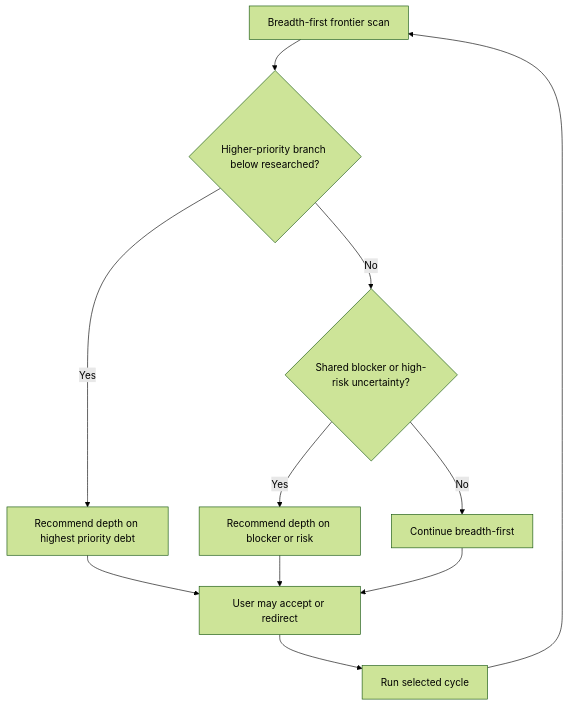
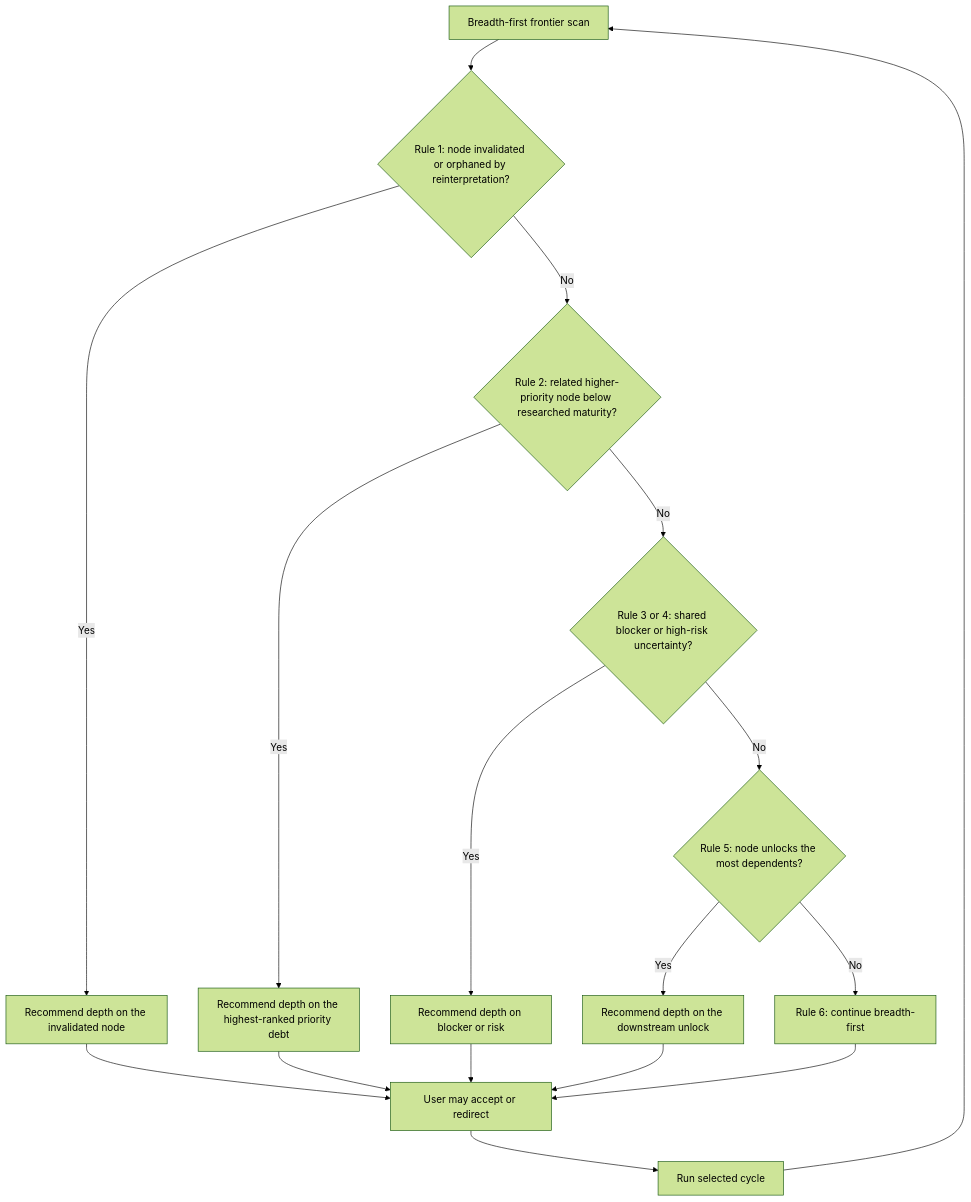
The fourth of 11 diagrams in skills/discovery-loop/README.md (jdylanmc/skills), drawn with Mermaid (forest theme) before and after one commit. The commit also changed other lines of this file and 16 other files, not shown here.

````diff
--- a/skills/discovery-loop/README.md
+++ b/skills/discovery-loop/README.md
@@ -116,13 +258,19 @@
 ```mermaid
 flowchart TD
-    A["Breadth-first frontier scan"] --> B{"Higher-priority branch below researched?"}
-    B -->|Yes| C["Recommend depth on highest priority debt"]
-    B -->|No| D{"Shared blocker or high-risk uncertainty?"}
+    A["Breadth-first frontier scan"] --> A2{"Rule 1: node invalidated or orphaned by reinterpretation?"}
+    A2 -->|Yes| A3["Recommend depth on the invalidated node"]
+    A2 -->|No| B{"Rule 2: related higher-priority node below researched maturity?"}
+    B -->|Yes| C["Recommend depth on the highest-ranked priority debt"]
+    B -->|No| D{"Rule 3 or 4: shared blocker or high-risk uncertainty?"}
     D -->|Yes| E["Recommend depth on blocker or risk"]
-    D -->|No| F["Continue breadth-first"]
-    C --> G["User may accept or redirect"]
+    D -->|No| D2{"Rule 5: node unlocks the most dependents?"}
+    D2 -->|Yes| E2["Recommend depth on the downstream unlock"]
+    D2 -->|No| F["Rule 6: continue breadth-first"]
+    A3 --> G["User may accept or redirect"]
+    C --> G
     E --> G
+    E2 --> G
     F --> G
     G --> H["Run selected cycle"]
     H --> A
 ```
````
